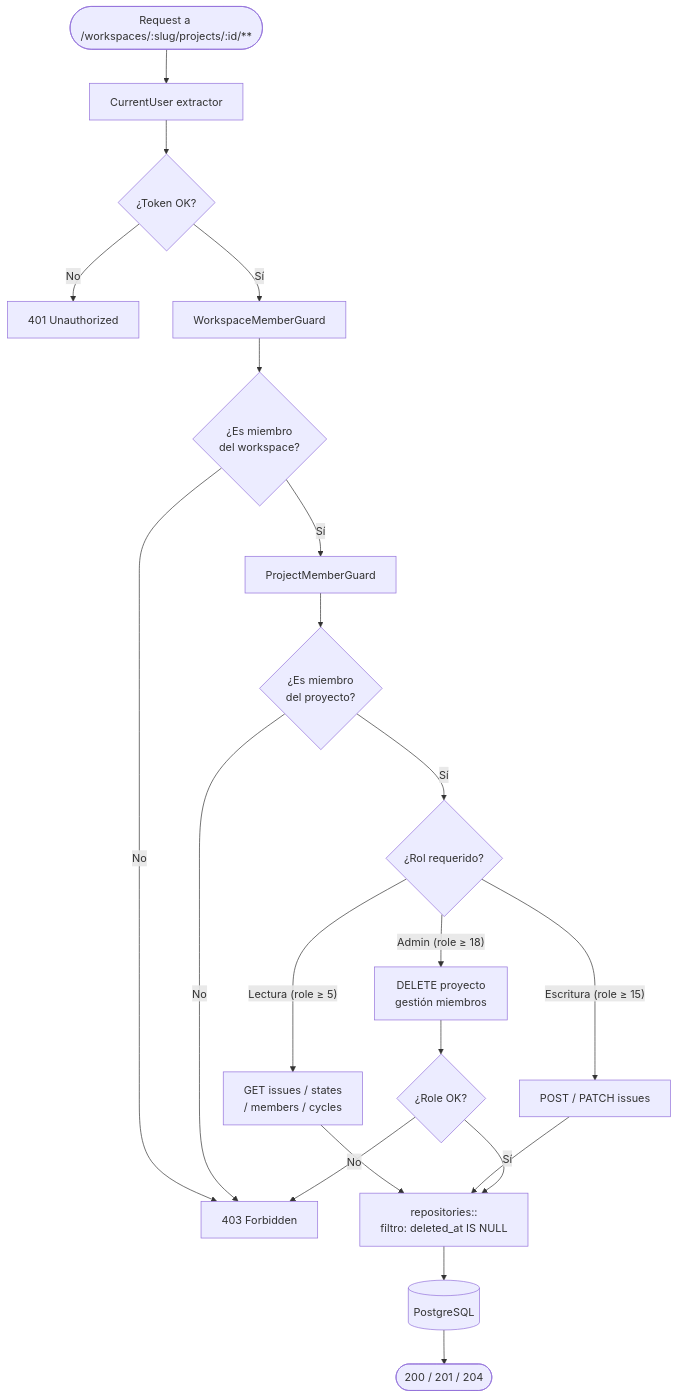
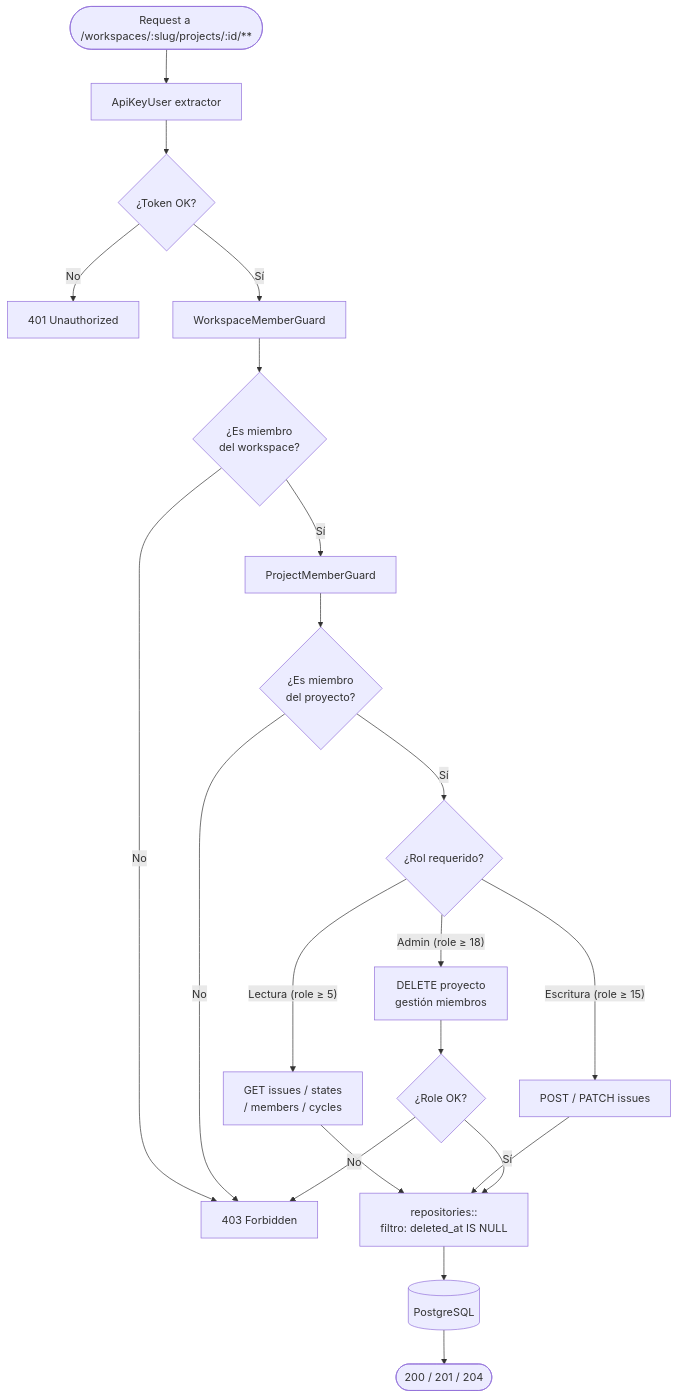
The third of 7 diagrams in docs/api-rust/ref-diagramas-flujo.md (codecsrayo/plane), drawn with Mermaid before and after one commit. The commit also changed other lines of this file and 10 other files, not shown here.

Commit message:
docs(api-rust): alinear referencias tras eliminar CurrentUser

````diff
--- a/docs/api-rust/ref-diagramas-flujo.md
+++ b/docs/api-rust/ref-diagramas-flujo.md
@@ -95,28 +95,28 @@
 ```mermaid
 flowchart TD
-    REQ([Request a /workspaces/:slug/projects/:id/**]) --> CU[CurrentUser extractor]
+    REQ([Request a /workspaces/:slug/projects/:id/**]) --> CU[ApiKeyUser extractor]
     CU --> F1{¿Token OK?}
     F1 -- No --> E401[401 Unauthorized]
     F1 -- Sí --> WG[WorkspaceMemberGuard]
 
     WG --> F2{¿Es miembro\ndel workspace?}
     F2 -- No --> E403[403 Forbidden]
     F2 -- Sí --> PG[ProjectMemberGuard]
 
     PG --> F3{¿Es miembro\ndel proyecto?}
     F3 -- No --> E403
     F3 -- Sí --> F4{¿Rol requerido?}
 
     F4 -- "Lectura (role ≥ 5)" --> ROPS[GET issues / states\n/ members / cycles]
     F4 -- "Escritura (role ≥ 15)" --> WOPS[POST / PATCH issues]
     F4 -- "Admin (role ≥ 18)" --> AOPS[DELETE proyecto\ngestión miembros]
 
     ROPS --> REPO[repositories::\nfiltro: deleted_at IS NULL]
     WOPS --> REPO
     AOPS --> F5{¿Role OK?}
     F5 -- No --> E403
     F5 -- Sí --> REPO
 
     REPO --> DB[(PostgreSQL)]
     DB --> RESP([200 / 201 / 204])
 ```
````
